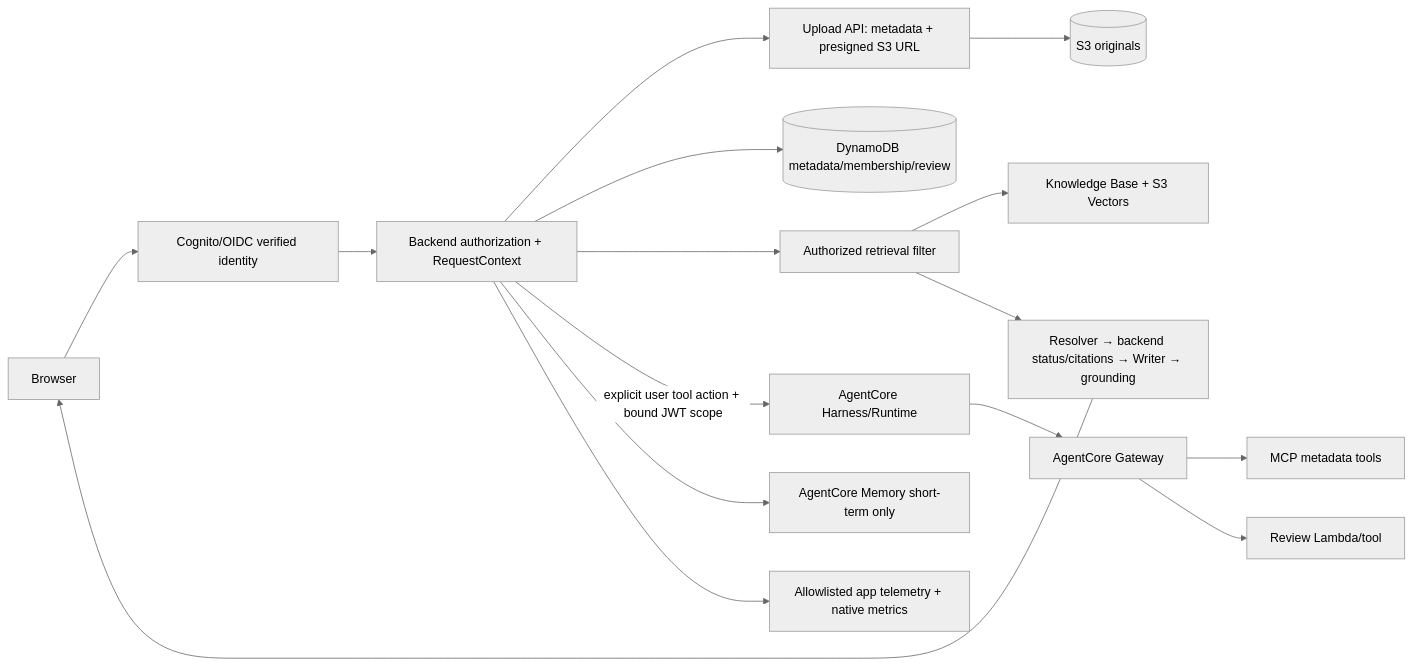
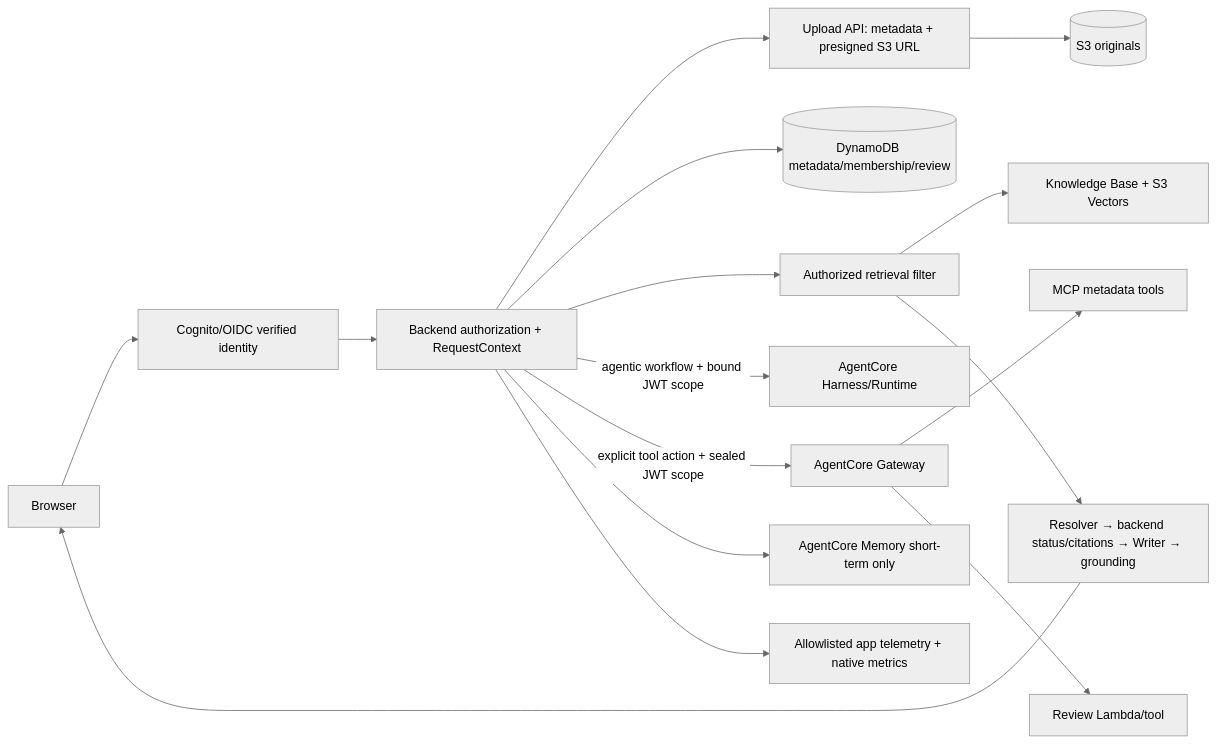
Before and after one commit to herrerogusano/LegalDesk: the diagram in docs/architecture-final.md, drawn with Mermaid (neutral theme). The commit also changed other lines of this file and 19 other files, not shown here.

Commit message:
Route explicit tools directly through Gateway

````diff
--- a/docs/architecture-final.md
+++ b/docs/architecture-final.md
@@ -26,18 +28,18 @@
 ```mermaid
 flowchart LR
   B[Browser] --> I[Cognito/OIDC verified identity]
   I --> A[Backend authorization + RequestContext]
   A --> U[Upload API: metadata + presigned S3 URL]
   U --> S3[(S3 originals)]
   A --> D[(DynamoDB metadata/membership/review)]
   A --> R[Authorized retrieval filter]
   R --> KB[Knowledge Base + S3 Vectors]
   R --> C[Resolver → backend status/citations → Writer → grounding]
   C --> B
-  A -->|explicit user tool action + bound JWT scope| H[AgentCore Harness/Runtime]
-  H --> GW[AgentCore Gateway]
+  A -->|agentic workflow + bound JWT scope| H[AgentCore Harness/Runtime]
+  A -->|explicit tool action + sealed JWT scope| GW[AgentCore Gateway]
   GW --> MCP[MCP metadata tools]
   GW --> L[Review Lambda/tool]
   A --> M[AgentCore Memory short-term only]
   A --> O[Allowlisted app telemetry + native metrics]
 ```
````
